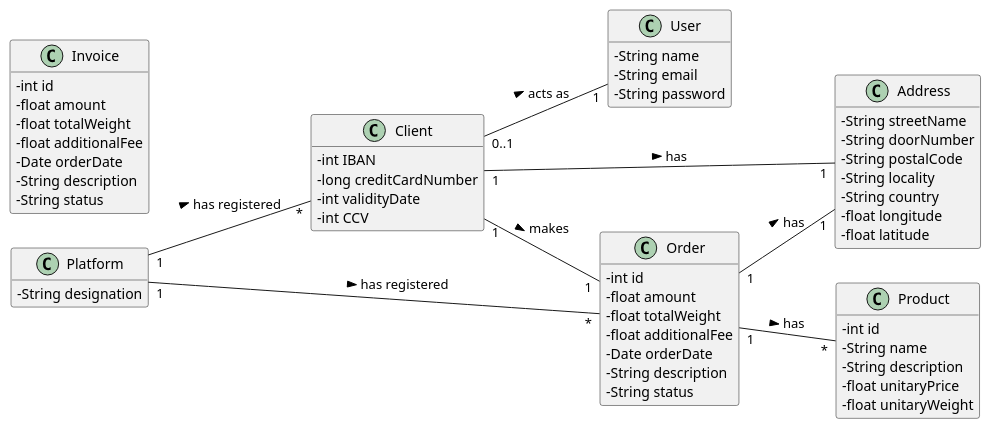
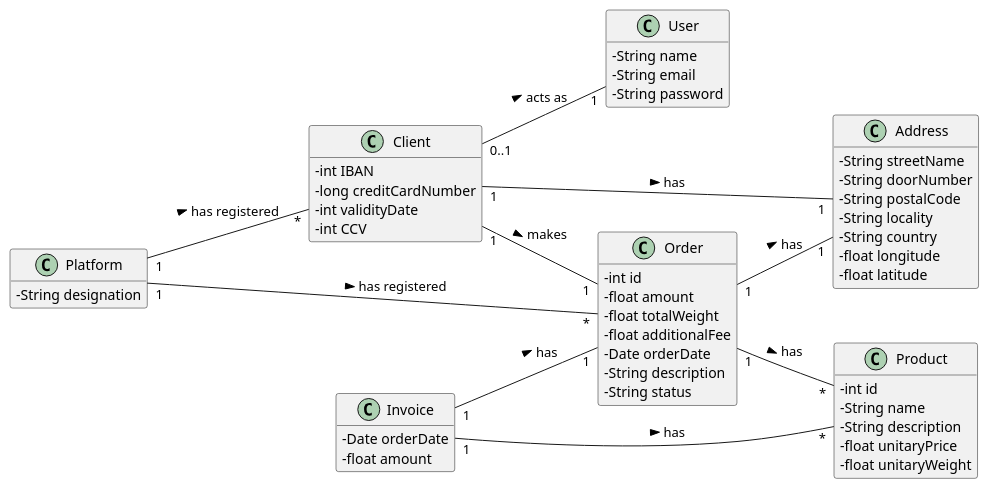
One commit to tiagoavcosta25/LAPR3 changed the diagram in docs/Iteration 1/Make An Order/US26_ReceiveInvoice/US26_DM.puml. Above: the diagram before and after it, drawn with PlantUML. The commit also changed 1 other file, not shown here.

Commit message:
LAPR2AP2-26 #close Receive Invoice [Analysis]

```diff
--- a/docs/Iteration 1/Make An Order/US26_ReceiveInvoice/US26_DM.puml
+++ b/docs/Iteration 1/Make An Order/US26_ReceiveInvoice/US26_DM.puml
@@ -1,67 +1,64 @@
 @startuml
 skinparam classAttributeIconSize 0
 hide methods
 left to right direction
 
 class Platform {
 -   String designation
 }
 class Client{
 -   int IBAN
 -   long creditCardNumber
 -   int validityDate
 -   int CCV
 }
 
 class User{
 -   String name
 -   String email
 -   String password
 }
 
 class Address{
 -   String streetName
 -   String doorNumber
 -   String postalCode
 -   String locality
 -   String country
 -   float longitude
 -   float latitude
 }
 
 class Order{
 -   int id
 -   float amount
 -   float totalWeight
 -   float additionalFee
 -   Date orderDate
 -   String description
 -   String status
 }
 
 class Product{
 -   int id
 -   String name
 -   String description
 -   float unitaryPrice
 -   float unitaryWeight
 }
 
 class Invoice{
--   int id
+-   Date orderDate
 -   float amount
--   float totalWeight
--   float additionalFee
--   Date orderDate
--   String description
--   String status
 }
 
 Platform "1" -- "*" Client : has registered >
 Platform "1" -- "*" Order : has registered >
 Order "1" -- "*" Product : has >
 Client "0..1" -- "1" User: acts as >
 Client "1" -- "1" Order : makes >
 Client "1" -- "1" Address : has >
 Order "1" -- "1" Address : has >
+Invoice "1" -- "1" Order : has >
+Invoice "1" -- "*" Product : has >
 @enduml
```
